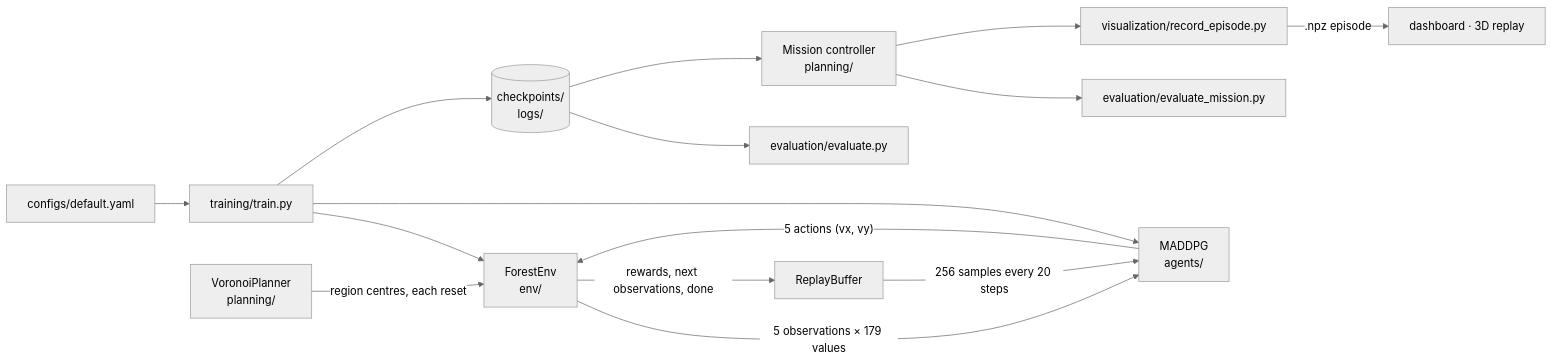
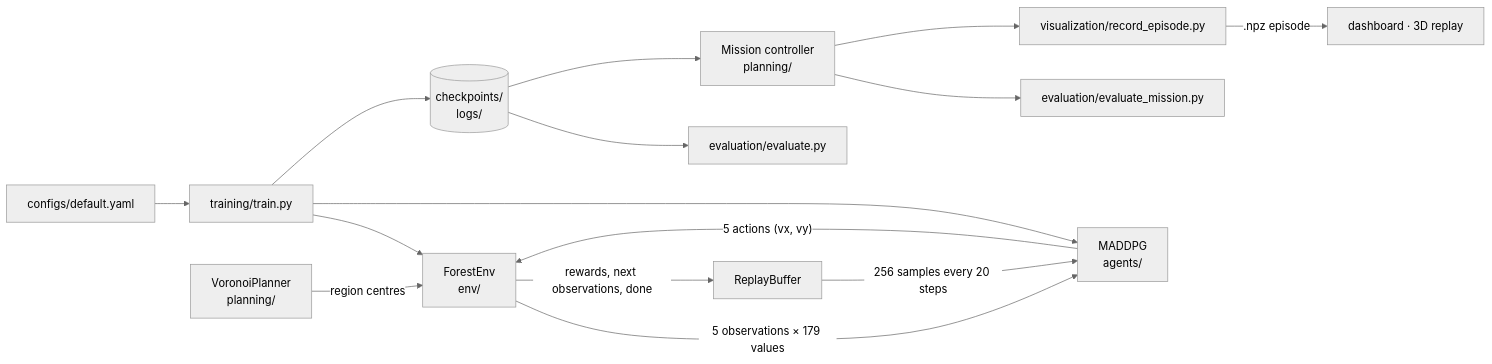
The diagram in README.md (wonka05/uav-swarm), drawn with Mermaid (neutral theme) before and after one commit. The commit also changed other lines of this file and 42 other files, not shown here.

````diff
--- a/README.md
+++ b/README.md
@@ -37,17 +37,17 @@
 ```mermaid
 flowchart LR
     CFG["configs/default.yaml"] --> TR["training/train.py"]
     TR --> ENV["ForestEnv<br/>env/"]
     TR --> AG["MADDPG<br/>agents/"]
-    VOR["VoronoiPlanner<br/>planning/"] -- "region centres, each reset" --> ENV
+    VOR["VoronoiPlanner<br/>planning/"] -- "region centres" --> ENV
     ENV -- "5 observations × 179 values" --> AG
     AG -- "5 actions (vx, vy)" --> ENV
     ENV -- "rewards, next observations, done" --> BUF["ReplayBuffer"]
     BUF -- "256 samples every 20 steps" --> AG
     TR --> CK[("checkpoints/<br/>logs/")]
     CK --> EV["evaluation/evaluate.py"]
     CK --> MC["Mission controller<br/>planning/"]
     MC --> EM["evaluation/evaluate_mission.py"]
     MC --> RE["visualization/record_episode.py"]
     RE -- ".npz episode" --> VIS["dashboard · 3D replay"]
 ```
````
